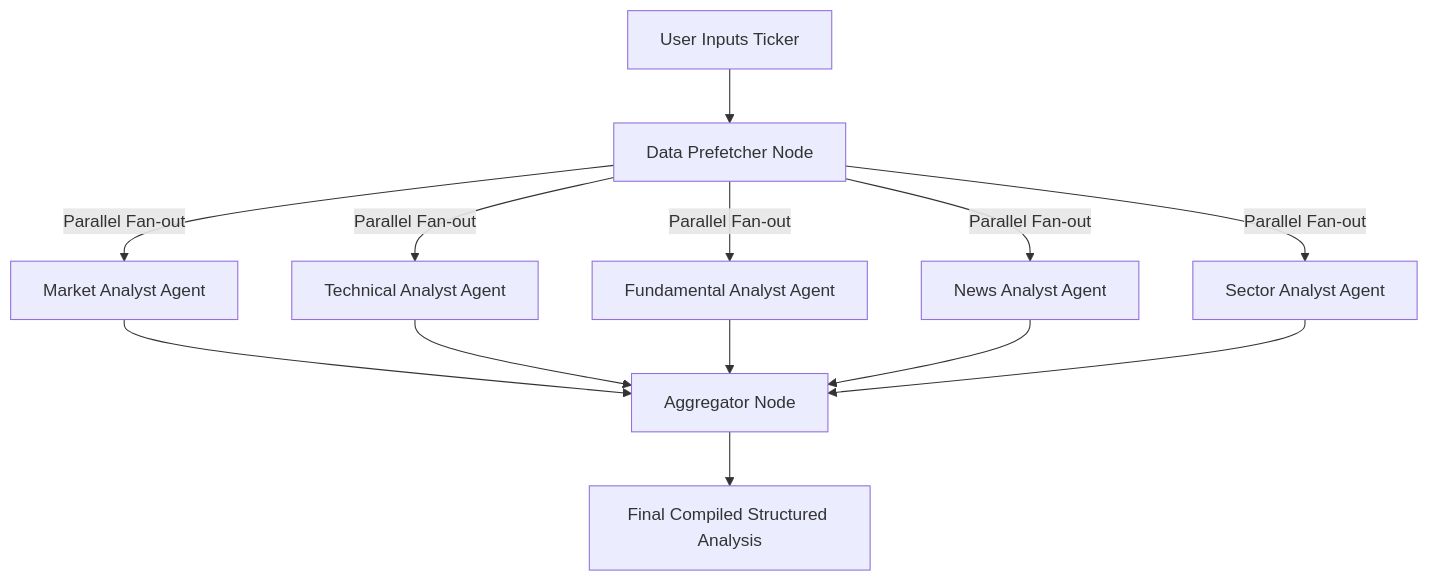
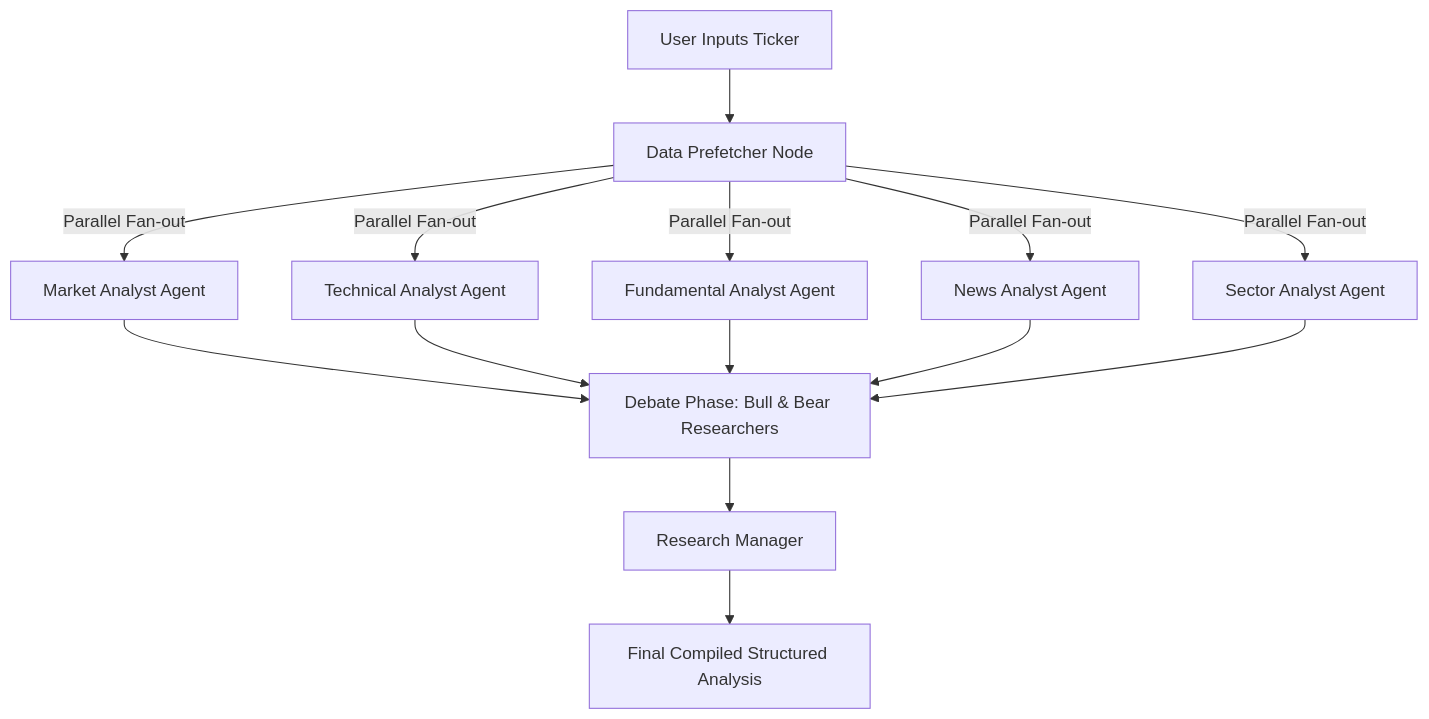
The diagram in README.md (conceptworksx/Artha-Analytics), drawn with Mermaid before and after one commit. The commit also changed other lines of this file, not shown here.

Commit message:
change in readme

````diff
--- a/README.md
+++ b/README.md
@@ -22,15 +22,16 @@
 ```mermaid
 graph TD
     START[User Inputs Ticker] --> Prefetch[Data Prefetcher Node]
     Prefetch --> |Parallel Fan-out| Market[Market Analyst Agent]
     Prefetch --> |Parallel Fan-out| Tech[Technical Analyst Agent]
     Prefetch --> |Parallel Fan-out| Fund[Fundamental Analyst Agent]
     Prefetch --> |Parallel Fan-out| News[News Analyst Agent]
     Prefetch --> |Parallel Fan-out| Sector[Sector Analyst Agent]
-    Market --> Aggregator[Aggregator Node]
-    Tech --> Aggregator
-    Fund --> Aggregator
-    News --> Aggregator
-    Sector --> Aggregator
-    Aggregator --> END[Final Compiled Structured Analysis]
+    Market --> Debate[Debate Phase: Bull & Bear Researchers]
+    Tech --> Debate
+    Fund --> Debate
+    News --> Debate
+    Sector --> Debate
+    Debate --> Manager[Research Manager]
+    Manager --> END[Final Compiled Structured Analysis]
 ```
````
